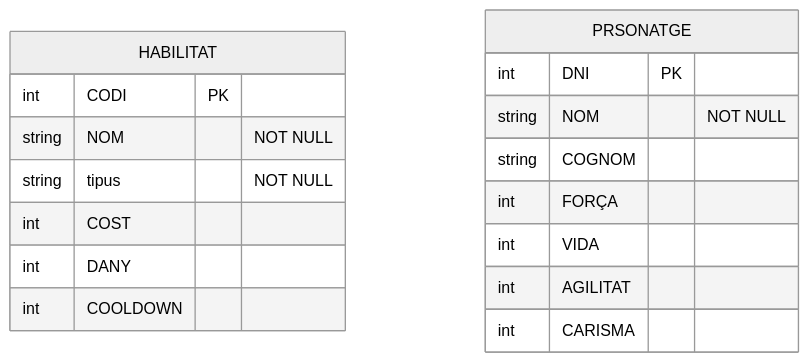
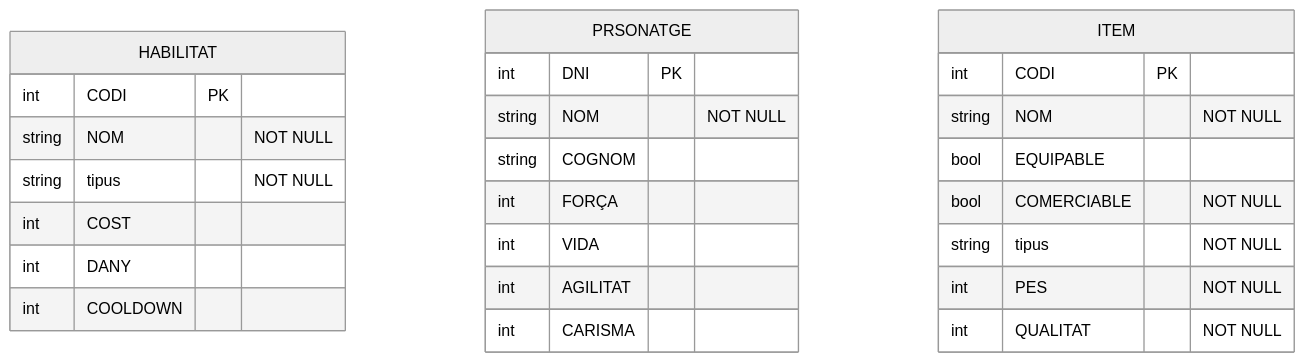
Before and after one commit to apb-sketch/Lliuraments-2627: the diagram in GBD/activitat-02-diagrama-er/diagrama-er-mermaid.md, drawn with Mermaid (neutral theme).

Commit message:
Create item table - missing size subtable

````diff
--- a/GBD/activitat-02-diagrama-er/diagrama-er-mermaid.md
+++ b/GBD/activitat-02-diagrama-er/diagrama-er-mermaid.md
@@ -3,20 +3,29 @@
 ```mermaid
 erDiagram
         HABILITAT {
                 int CODI PK
                 string NOM "NOT NULL"
                 string tipus "NOT NULL"
                 int COST
                 int DANY
                 int COOLDOWN
         }
      PRSONATGE {
                 int DNI PK
                 string NOM "NOT NULL"
                 string COGNOM
                 int FORÇA
                 int VIDA
                 int AGILITAT
                 int CARISMA
         }
+     ITEM {
+                int CODI PK
+                string NOM "NOT NULL"
+                bool EQUIPABLE
+                bool COMERCIABLE "NOT NULL"
+                string tipus "NOT NULL"
+                int PES "NOT NULL"
+                int QUALITAT "NOT NULL"
+        }
 ``` 
````
